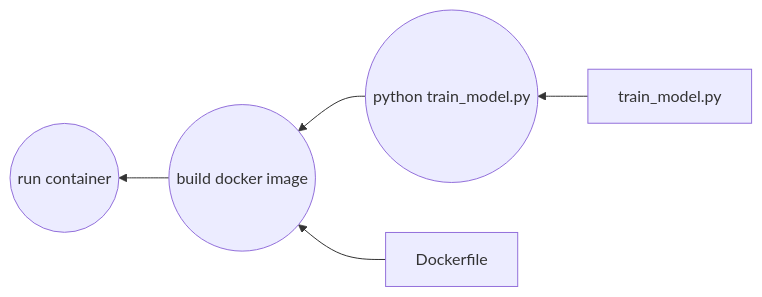
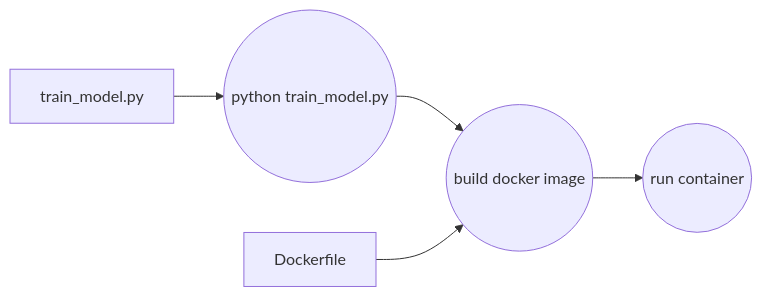
The first of 3 diagrams in README.md (ketut-garjita/E-Commerce-Engagement-ML), drawn with Mermaid before and after one commit.

````diff
--- a/README.md
+++ b/README.md
@@ -111,7 +111,7 @@
 ```mermaid
-   graph RL
+   graph LR
     A((python train_model.py)) --> B((build docker image))
     B --> C((run container))
     train_model.py --> A
     Dockerfile --> B
 ```
````
